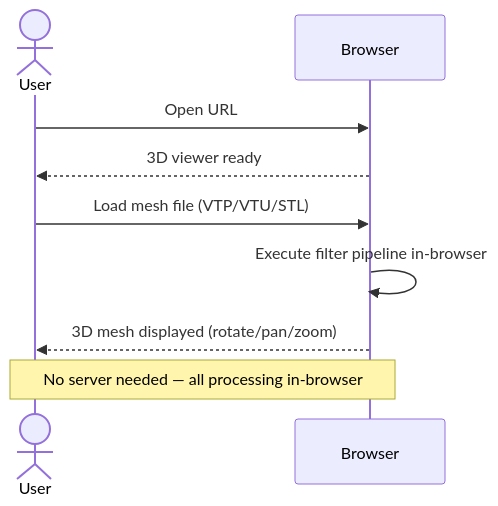
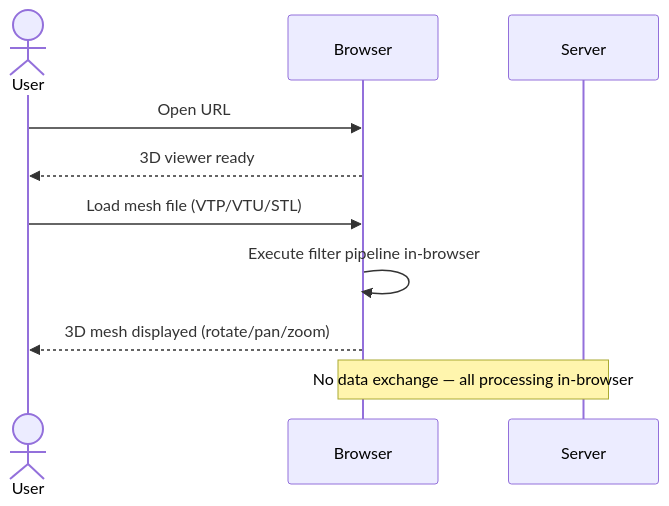
Before and after one commit to tkoyama010/pyvista-wasm: the first of 4 diagrams in slides/slides.md, drawn with Mermaid.

Commit message:
docs: add Server participant to show no data exchange

````diff
--- a/slides/slides.md
+++ b/slides/slides.md
@@ -230,14 +230,15 @@
 ```mermaid {scale: 0.65}
 sequenceDiagram
     actor U as User
     participant B as Browser
+    participant S as Server
 
     U->>B: Open URL
     B-->>U: 3D viewer ready
 
     U->>B: Load mesh file (VTP/VTU/STL)
     B->>B: Execute filter pipeline in-browser
     B-->>U: 3D mesh displayed (rotate/pan/zoom)
 
-    Note over U,B: No server needed — all processing in-browser
+    Note over B,S: No data exchange — all processing in-browser
 ```
````
